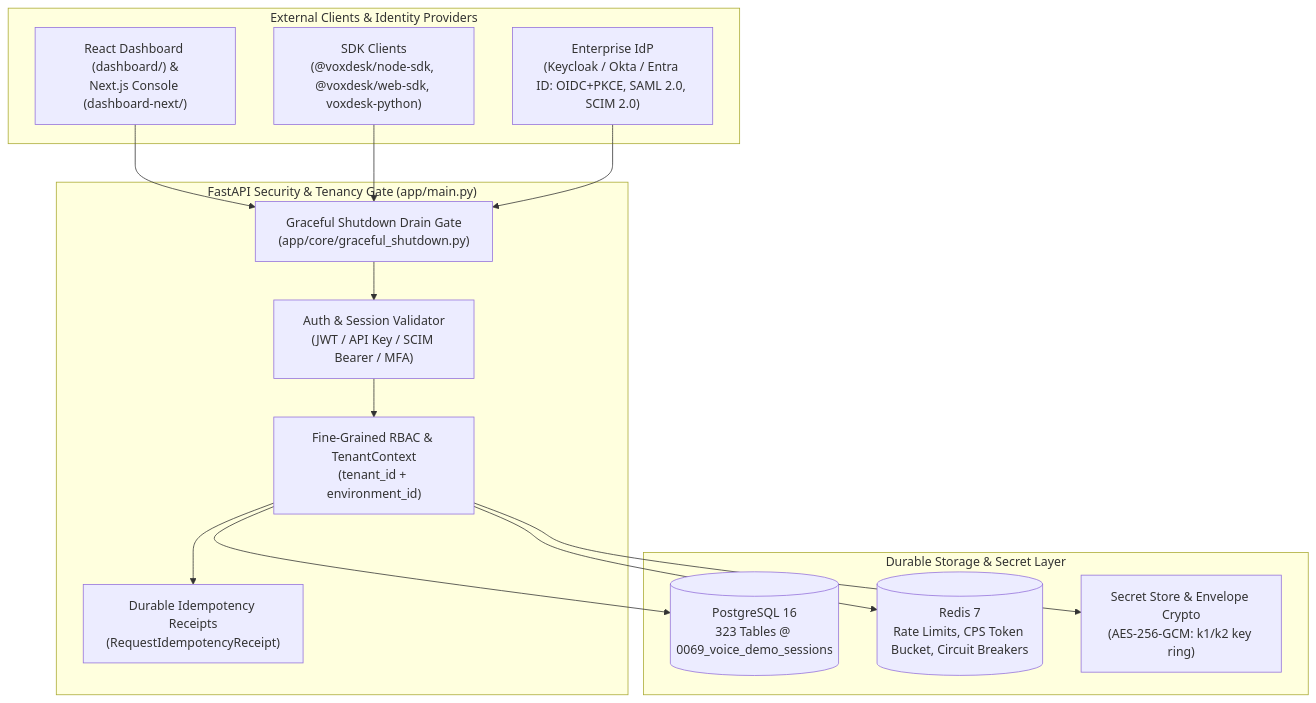
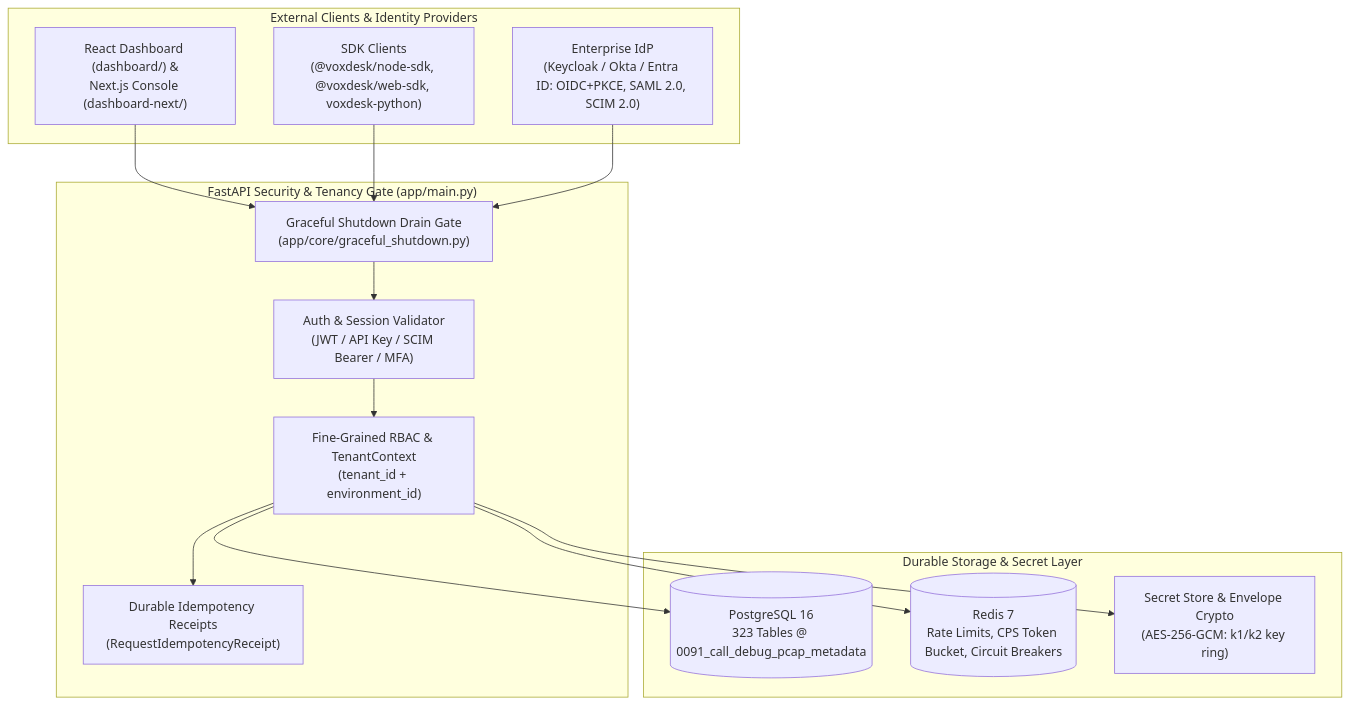
Before and after one commit to Ainul-550Islam/voxdesk-call-ainul-islam: the second of 5 diagrams in voxdesk-call/docs/DUE_DILIGENCE/ARCHITECTURE.md, drawn with Mermaid. The commit also changed 979 other files, not shown here.

````diff
--- a/voxdesk-call/docs/DUE_DILIGENCE/ARCHITECTURE.md
+++ b/voxdesk-call/docs/DUE_DILIGENCE/ARCHITECTURE.md
@@ -51,29 +51,29 @@
 ```mermaid
 flowchart TB
     subgraph External["External Clients & Identity Providers"]
         AdminUI["React Dashboard (dashboard/) &<br/>Next.js Console (dashboard-next/)"]
         SDKs["SDK Clients<br/>(@voxdesk/node-sdk, @voxdesk/web-sdk, voxdesk-python)"]
         IdP["Enterprise IdP<br/>(Keycloak / Okta / Entra ID: OIDC+PKCE, SAML 2.0, SCIM 2.0)"]
     end
 
     subgraph Middleware["FastAPI Security & Tenancy Gate (app/main.py)"]
         Drain["Graceful Shutdown Drain Gate<br/>(app/core/graceful_shutdown.py)"]
         Auth["Auth & Session Validator<br/>(JWT / API Key / SCIM Bearer / MFA)"]
         RBAC["Fine-Grained RBAC & TenantContext<br/>(tenant_id + environment_id)"]
         Idem["Durable Idempotency Receipts<br/>(RequestIdempotencyReceipt)"]
     end
 
     subgraph Storage["Durable Storage & Secret Layer"]
-        PG[("PostgreSQL 16<br/>323 Tables @ 0069_voice_demo_sessions")]
+        PG[("PostgreSQL 16<br/>323 Tables @ 0091_call_debug_pcap_metadata")]
         Redis[("Redis 7<br/>Rate Limits, CPS Token Bucket, Circuit Breakers")]
         KMS["Secret Store & Envelope Crypto<br/>(AES-256-GCM: k1/k2 key ring)"]
     end
 
     AdminUI --> Drain
     SDKs --> Drain
     IdP --> Drain
     Drain --> Auth --> RBAC --> Idem
     RBAC --> PG
     RBAC --> Redis
     RBAC --> KMS
 ```
````
